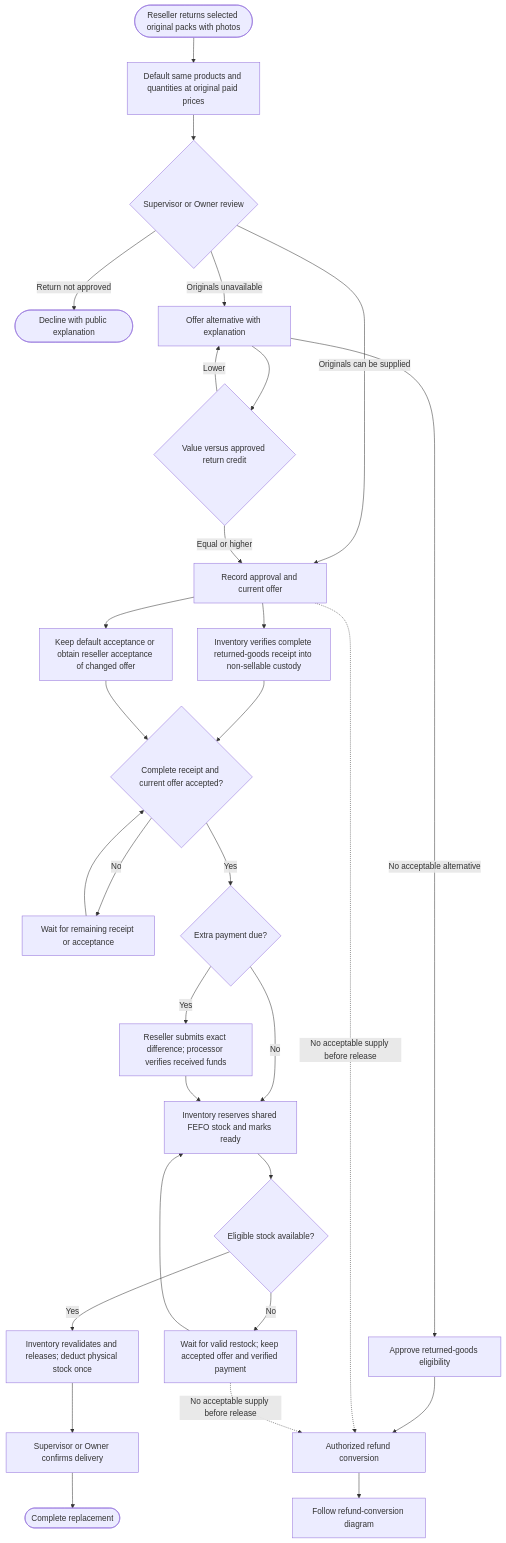
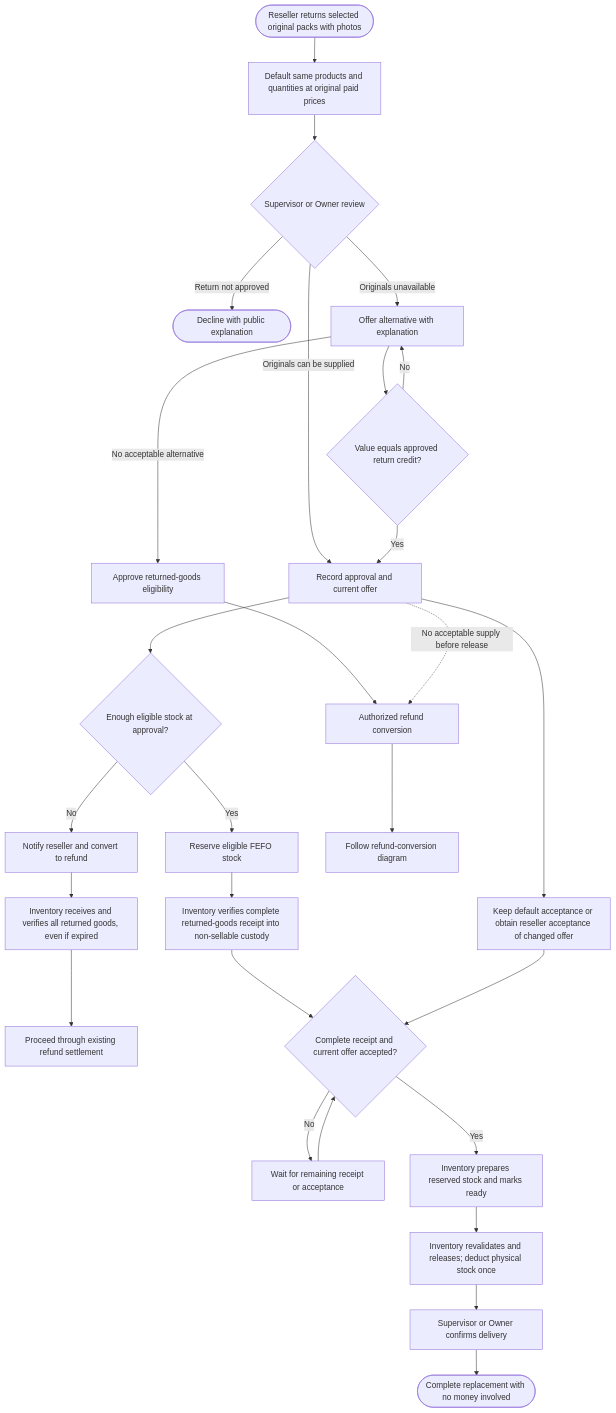
One commit to xortrtrt/Meattrack-Capacitor changed the diagram in docs/diagrams/mermaid/replacement-first-returns.mmd. Above: the diagram before and after it, drawn with Mermaid. The commit also changed 114 other files, not shown here.

```diff
--- a/docs/diagrams/mermaid/replacement-first-returns.mmd
+++ b/docs/diagrams/mermaid/replacement-first-returns.mmd
@@ -1,30 +1,28 @@
 flowchart TD
     A([Reseller returns selected original packs with photos]) --> B[Default same products and quantities at original paid prices]
     B --> C{Supervisor or Owner review}
     C -->|Return not approved| X([Decline with public explanation])
     C -->|Originals can be supplied| F[Record approval and current offer]
     C -->|Originals unavailable| D[Offer alternative with explanation]
     D -->|No acceptable alternative| RA[Approve returned-goods eligibility]
     RA --> R[Authorized refund conversion]
-    D --> E{Value versus approved return credit}
-    E -->|Lower| D
-    E -->|Equal or higher| F
-    F --> H[Inventory verifies complete returned-goods receipt into non-sellable custody]
+    D --> E{Value equals approved return credit?}
+    E -->|No| D
+    E -->|Yes| F
+    F --> S{Enough eligible stock at approval?}
+    S -->|No| N[Notify reseller and convert to refund]
+    N --> HX[Inventory receives and verifies all returned goods, even if expired]
+    HX --> RF[Proceed through existing refund settlement]
+    S -->|Yes| RS[Reserve eligible FEFO stock]
+    RS --> H[Inventory verifies complete returned-goods receipt into non-sellable custody]
     F --> G[Keep default acceptance or obtain reseller acceptance of changed offer]
     H --> RG{Complete receipt and current offer accepted?}
     G --> RG
     RG -->|No| W[Wait for remaining receipt or acceptance]
     W --> RG
-    RG -->|Yes| I{Extra payment due?}
-    I -->|Yes| J[Reseller submits exact difference; processor verifies received funds]
-    I -->|No| K[Inventory reserves shared FEFO stock and marks ready]
-    J --> K
-    K --> L{Eligible stock available?}
-    L -->|No| M[Wait for valid restock; keep accepted offer and verified payment]
-    M --> K
-    L -->|Yes| N[Inventory revalidates and releases; deduct physical stock once]
-    N --> O[Supervisor or Owner confirms delivery]
-    O --> P([Complete replacement])
+    RG -->|Yes| K[Inventory prepares reserved stock and marks ready]
+    K --> L[Inventory revalidates and releases; deduct physical stock once]
+    L --> O[Supervisor or Owner confirms delivery]
+    O --> P([Complete replacement with no money involved])
     F -. No acceptable supply before release .-> R[Authorized refund conversion]
-    M -. No acceptable supply before release .-> R
-    R --> S[Follow refund-conversion diagram]
+    R --> T[Follow refund-conversion diagram]
```
